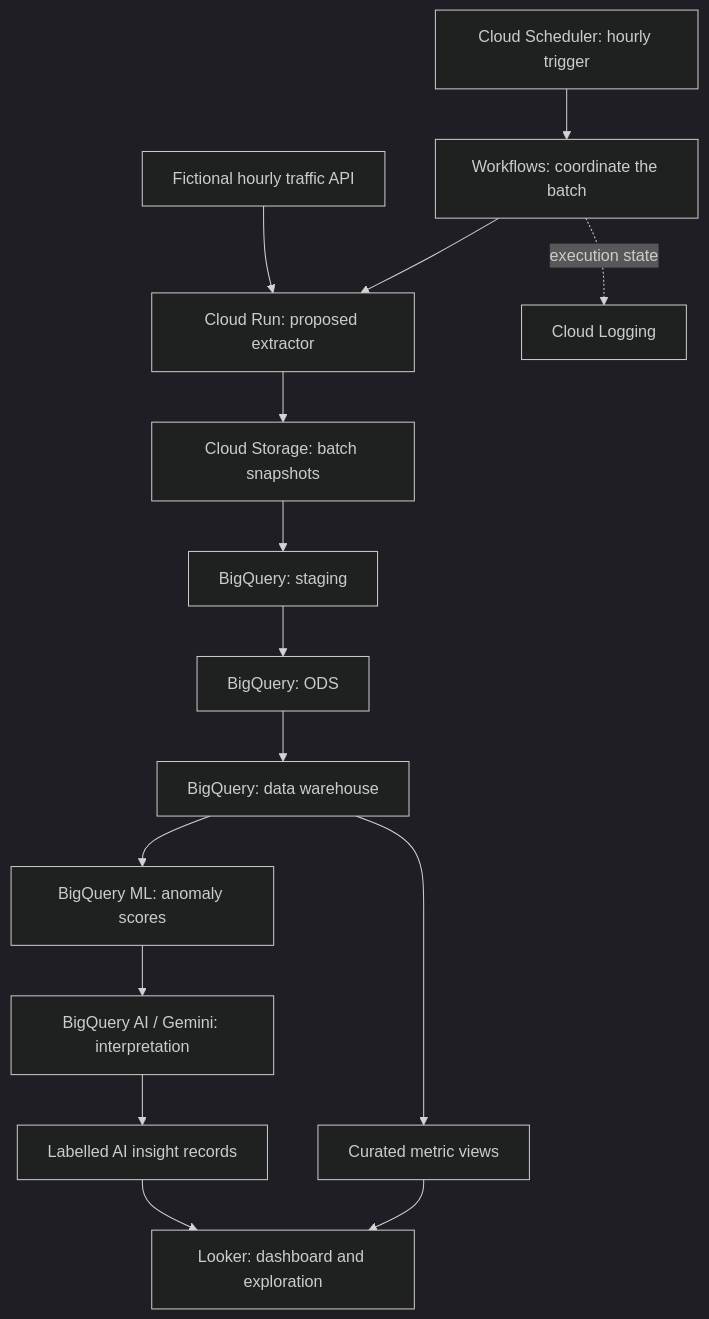
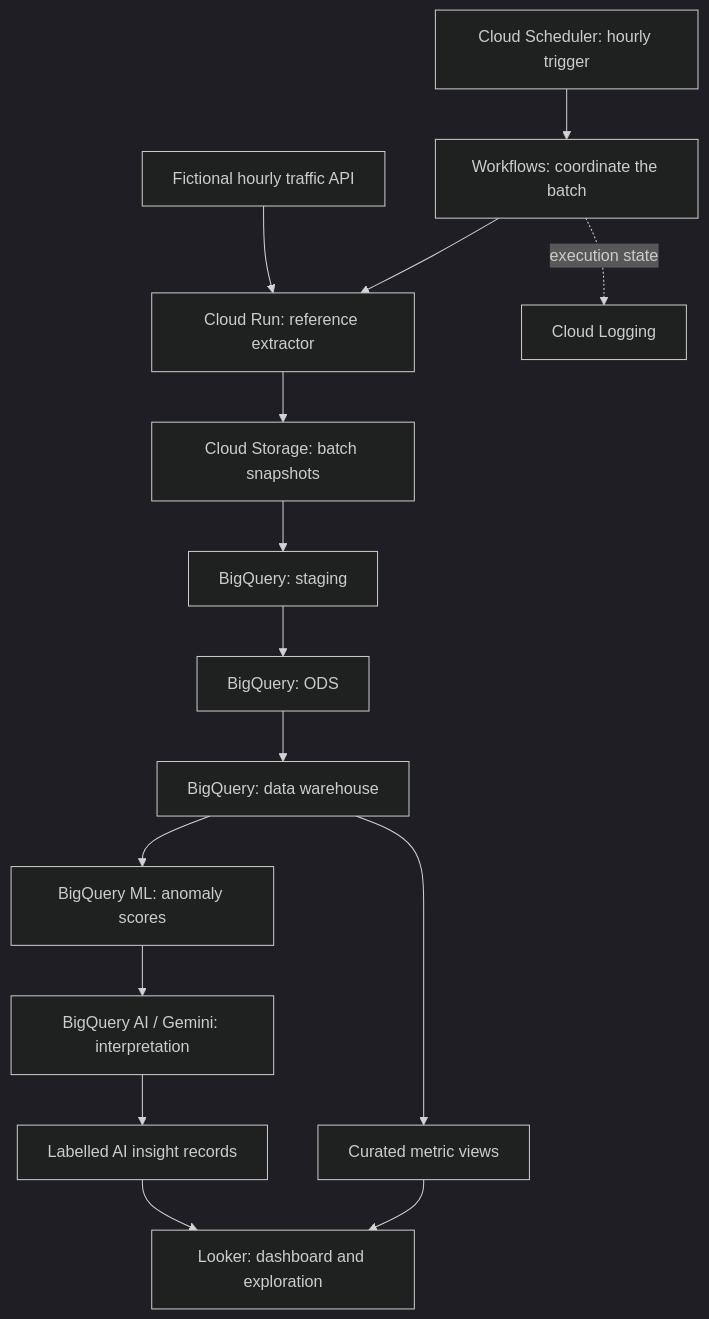
The diagram in projects/gcp-data-pipeline/README.md (MahdiHajjHassan/MahdiHajjHassan), drawn with Mermaid (dark theme) before and after one commit. The commit also changed other lines of this file and 15 other files, not shown here.

````diff
--- a/projects/gcp-data-pipeline/README.md
+++ b/projects/gcp-data-pipeline/README.md
@@ -47,17 +47,17 @@
 ```mermaid
 flowchart TB
   Schedule["Cloud Scheduler: hourly trigger"] --> Flow["Workflows: coordinate the batch"]
-  Flow --> Extract["Cloud Run: proposed extractor"]
+  Flow --> Extract["Cloud Run: reference extractor"]
   API["Fictional hourly traffic API"] --> Extract
   Extract --> Raw["Cloud Storage: batch snapshots"]
   Raw --> Staging["BigQuery: staging"]
   Staging --> ODS["BigQuery: ODS"]
   ODS --> Warehouse["BigQuery: data warehouse"]
   Warehouse --> Model["BigQuery ML: anomaly scores"]
   Model --> Explain["BigQuery AI / Gemini: interpretation"]
   Warehouse --> Metrics["Curated metric views"]
   Explain --> Insights["Labelled AI insight records"]
   Metrics --> Dashboard["Looker: dashboard and exploration"]
   Insights --> Dashboard
   Flow -. "execution state" .-> Logs["Cloud Logging"]
 ```
````
